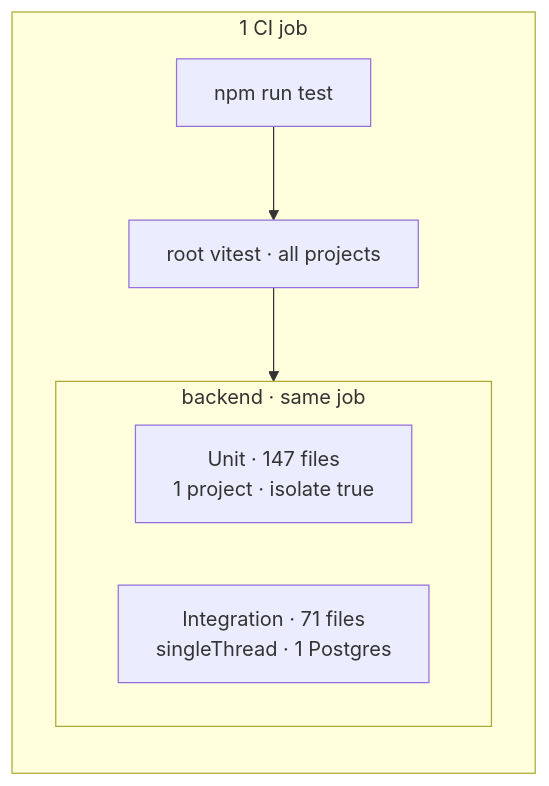
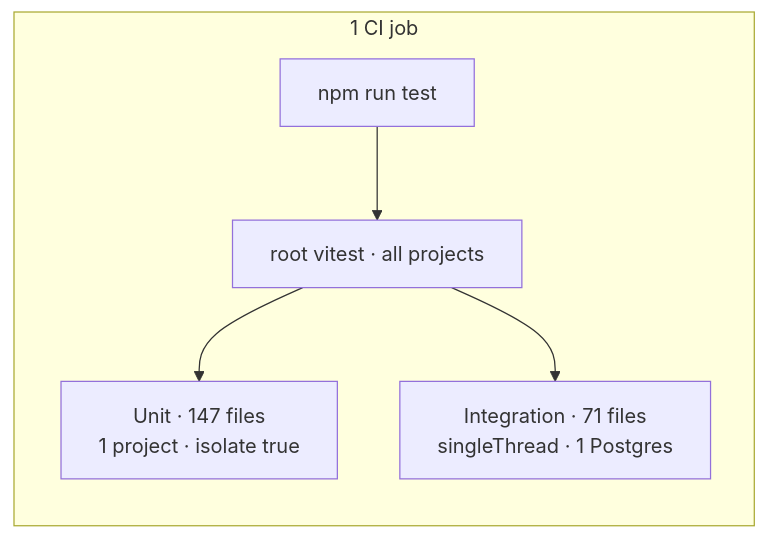
One commit to opengovsg/plumber changed the first of 2 diagrams in docs/blog-speeding-up-vitest-tests.md. Above: the diagram before and after it, drawn with Mermaid.

Commit message:
docs: simplify before diagram, drop redundant backend subgraph

````diff
--- a/docs/blog-speeding-up-vitest-tests.md
+++ b/docs/blog-speeding-up-vitest-tests.md
@@ -50,16 +50,13 @@
 ```mermaid
 flowchart TB
   subgraph ci ["1 CI job"]
     direction TB
     RUN["npm run test"]
     ROOT["root vitest · all projects"]
-
-    subgraph backend ["backend · same job"]
-      direction LR
-      U["Unit · 147 files\n1 project · isolate true"]
-      I["Integration · 71 files\nsingleThread · 1 Postgres"]
-    end
-
-    RUN --> ROOT --> backend
+    U["Unit · 147 files\n1 project · isolate true"]
+    I["Integration · 71 files\nsingleThread · 1 Postgres"]
+    RUN --> ROOT
+    ROOT --> U
+    ROOT --> I
   end
 ```
````
